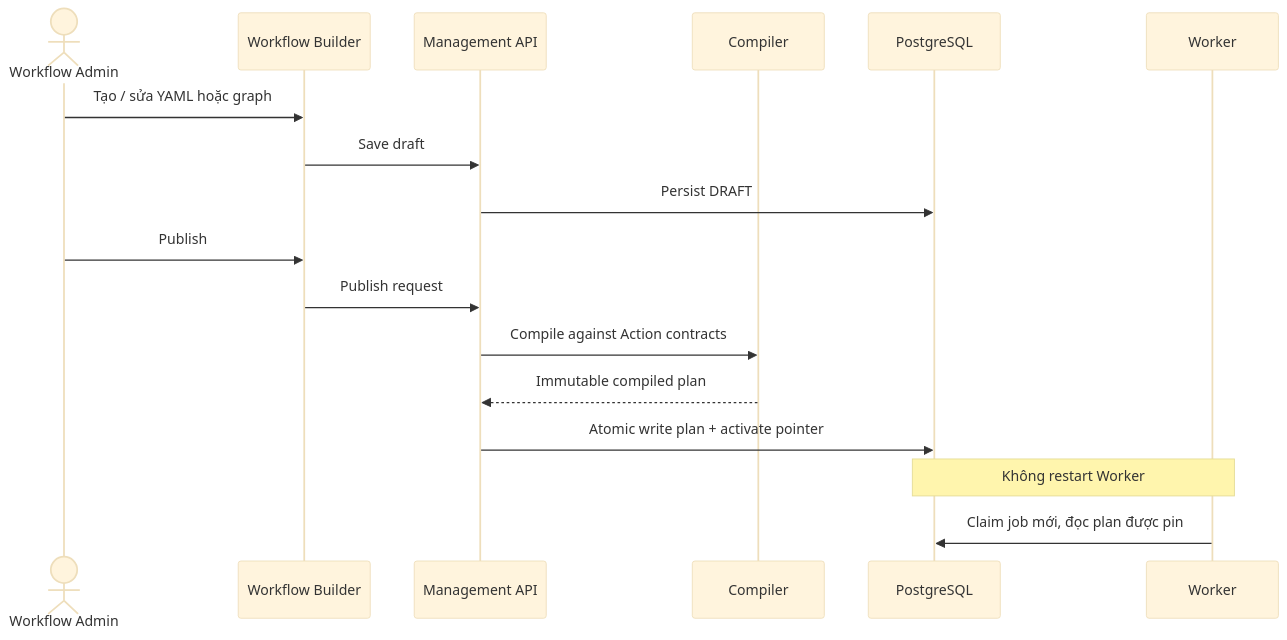
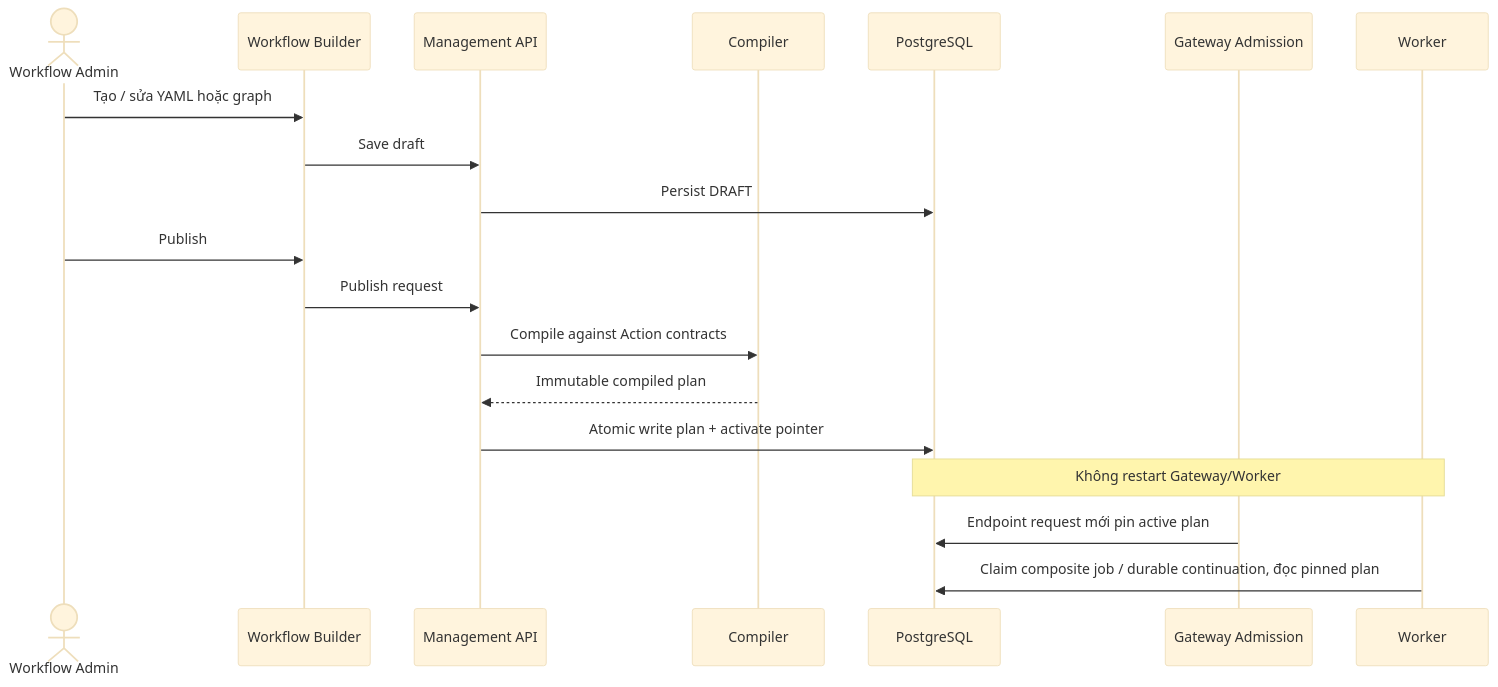
The sixth of 8 diagrams in README.md (chiennc4805/proxmox-load-balancer), drawn with Mermaid (base theme) before and after one commit. The commit also changed other lines of this file and 1 other file, not shown here.

````diff
--- a/README.md
+++ b/README.md
@@ -302,19 +331,21 @@
 ```mermaid
 sequenceDiagram
     actor U as Workflow Admin
     participant UI as Workflow Builder
     participant API as Management API
     participant C as Compiler
     participant DB as PostgreSQL
+    participant G as Gateway Admission
     participant W as Worker
     U->>UI: Tạo / sửa YAML hoặc graph
     UI->>API: Save draft
     API->>DB: Persist DRAFT
     U->>UI: Publish
     UI->>API: Publish request
     API->>C: Compile against Action contracts
     C-->>API: Immutable compiled plan
     API->>DB: Atomic write plan + activate pointer
-    Note over DB,W: Không restart Worker
-    W->>DB: Claim job mới, đọc plan được pin
+    Note over DB,W: Không restart Gateway/Worker
+    G->>DB: Endpoint request mới pin active plan
+    W->>DB: Claim composite job / durable continuation, đọc pinned plan
 ```
````
